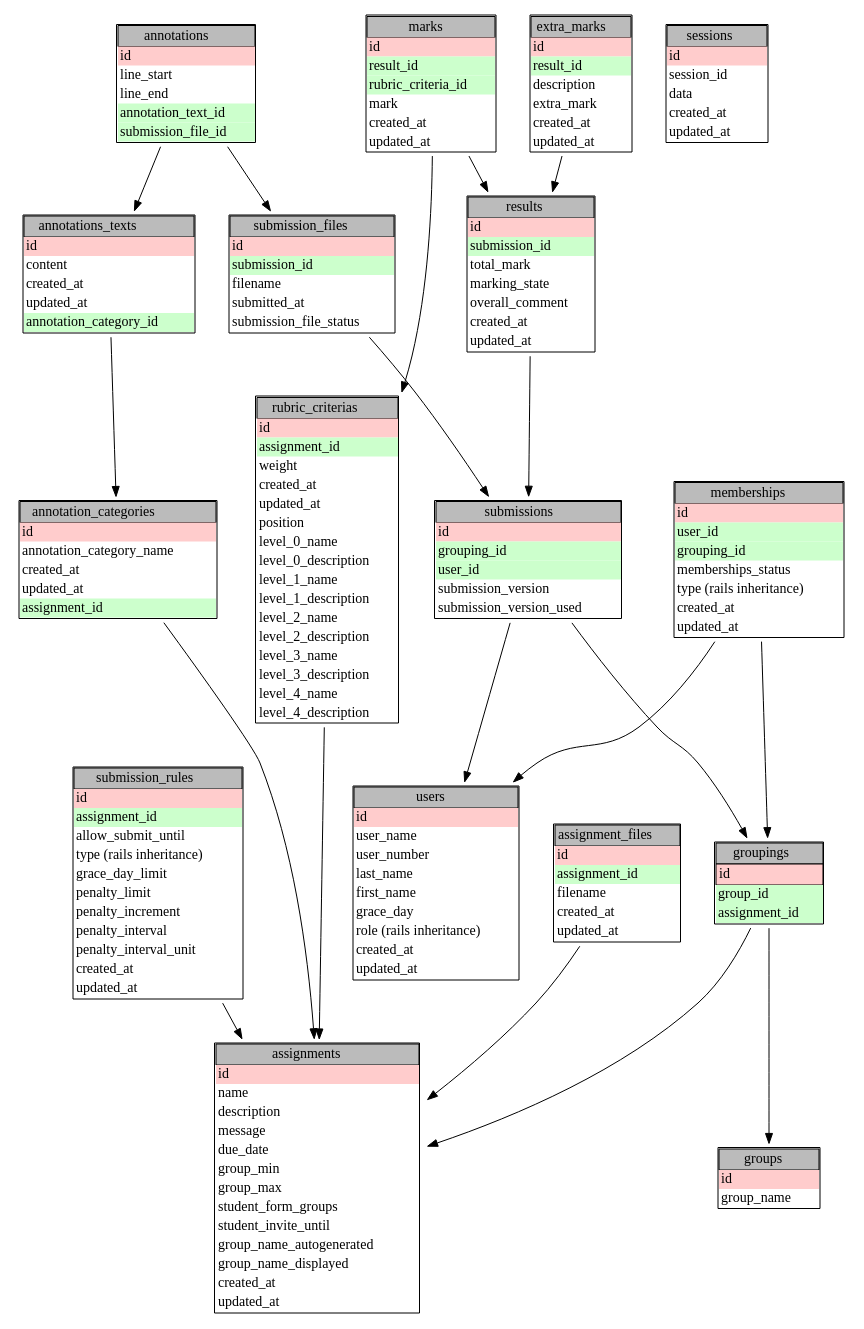
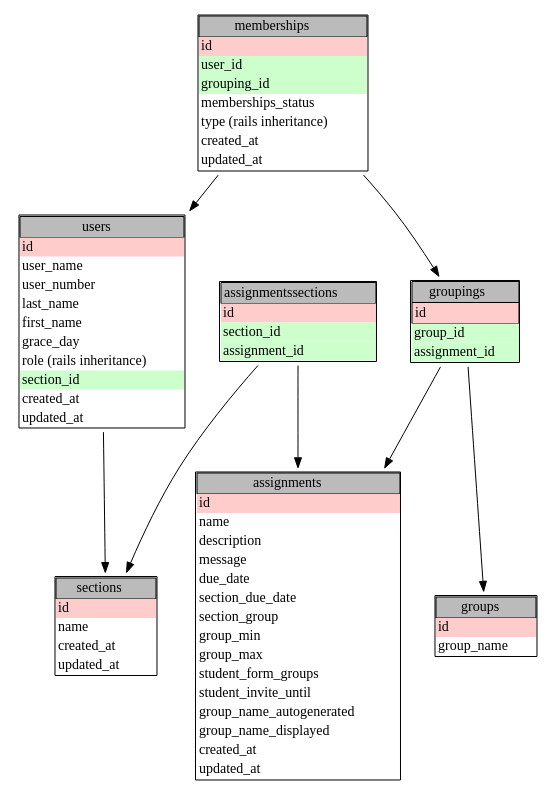
Before and after one commit to cjacques/MarkusReport: the diagram in newSchema.dot, drawn with Graphviz.

Commit message:
changed the database schema to add the section managment scheme

```diff
--- a/newSchema.dot
+++ b/newSchema.dot
@@ -1,65 +1,29 @@
 digraph G {
-   annotation_categories -> assignments;
-   annotation_texts -> annotation_categories;
-   annotations -> annotation_texts;
-   annotations -> submission_files;
-   assignment_files -> assignments;
-   extra_marks -> results;
    groupings -> groups; 
    groupings -> assignments;
    memberships -> groupings;
    memberships -> users;
-   marks -> rubric_criterias;
-   marks -> results;
-   results -> submissions;
-   rubric_criterias -> assignments;
-   submissions -> groupings;
-   submissions -> users; 
-   submission_files -> submissions;
-   submission_rules -> assignments;
+   users -> sections;
+   assignmentssections -> assignments;
+   assignmentssections -> sections;
 
-   annotation_categories [url="" label = <<table border="1" cellborder="0"
+   sections [url="" label = <<table border="1" cellborder="0"
    cellspacing="0" width="100">
-   <tr><td border="1" bgcolor="#bbbbbb" width="100">annotation_categories
-   </td></tr>
-   <tr><td width="100" align="left" bgcolor="#ffcccc">id</td></tr>
-   <tr><td width="100" align="left">annotation_category_name</td></tr>
-   <tr><td width="100" align="left">created_at</td></tr>
-   <tr><td width="100" align="left">updated_at</td></tr>
-   <tr><td width="100" bgcolor="#ccffcc" align="left">assignment_id</td></tr>
-   </table>> shape = "plaintext" ];
-
-   annotation_texts [url="" label = <<table border="1" cellborder="0"
-   cellspacing="0" width="100">
-   <tr><td border="1" bgcolor="#bbbbbb" width="100">annotations_texts
-   </td></tr>
+   <tr><td border="1" bgcolor="#bbbbbb" width="100">sections</td></tr>
    <tr><td width="100" bgcolor="#ffcccc" align="left">id</td></tr>
-   <tr><td width="100" align="left">content</td></tr>
-   <tr><td width="100" align="left">created_at</td></tr>
-   <tr><td width="100" align="left">updated_at</td></tr>
-   <tr><td width="100" bgcolor="#ccffcc" align="left">annotation_category_id</td></tr>
-   </table>> shape = "plaintext" ];
-
-   annotations [url="" label = <<table border="1" cellborder="0"
-   cellspacing="0" width="100">
-   <tr><td border="1" bgcolor="#bbbbbb" width="100">annotations</td></tr>
-   <tr><td width="100" bgcolor="#ffcccc" align="left">id</td></tr>
-   <tr><td width="100" align="left">line_start</td></tr>
-   <tr><td width="100" align="left">line_end</td></tr>
-   <tr><td width="100" bgcolor="#ccffcc" align="left">annotation_text_id</td></tr>
-   <tr><td width="100" bgcolor="#ccffcc" align="left">submission_file_id</td></tr>
-   </table>> shape = "plaintext" ];
-
-   assignment_files [url="" label = <<table border="1" cellborder="0"
-   cellspacing="0" width="100">
-   <tr><td border="1" bgcolor="#bbbbbb" width="100">assignment_files</td></tr>
-   <tr><td width="100" bgcolor="#ffcccc" align="left">id</td></tr>
-   <tr><td width="100" bgcolor="#ccffcc" align="left">assignment_id</td></tr>
-   <tr><td width="100" align="left">filename</td></tr>
+   <tr><td width="100" align="left">name</td></tr>
    <tr><td width="100" align="left">created_at</td></tr>
    <tr><td width="100" align="left">updated_at</td></tr>
    </table>> shape = "plaintext" ];
 
+   assignmentssections [url="" label = <<table border="1" cellborder="0"
+   cellspacing="0" width="100">
+   <tr><td border="1" bgcolor="#bbbbbb" width="100">assignmentssections</td></tr>
+   <tr><td width="100" bgcolor="#ffcccc" align="left">id</td></tr>
+   <tr><td width="100" bgcolor="#ccffcc" align="left">section_id</td></tr>
+   <tr><td width="100" bgcolor="#ccffcc" align="left">assignment_id</td></tr>
+   </table>> shape = "plaintext" ];
+  
    assignments [url="" label = <<table border="1" cellborder="0"
    cellspacing="0" width="100">
    <tr><td border="1" bgcolor="#bbbbbb" width="100">assignments</td></tr>
@@ -68,6 +32,8 @@
    <tr><td width="100" align="left">description</td></tr>
    <tr><td width="100" align="left">message</td></tr>
    <tr><td width="100" align="left">due_date</td></tr>
+   <tr><td width="100" align="left">section_due_date</td></tr>
+   <tr><td width="100" align="left">section_group</td></tr>
    <tr><td width="100" align="left">group_min</td></tr>
    <tr><td width="100" align="left">group_max</td></tr>
    <tr><td width="100" align="left">student_form_groups</td></tr>
@@ -78,34 +44,11 @@
    <tr><td width="100" align="left">updated_at</td></tr>
    </table>> shape = "plaintext" ];
 
-   extra_marks [url="" label = <<table border="1" cellborder="0"
-   cellspacing="0" width="100">
-   <tr><td border="1" bgcolor="#bbbbbb" width="100">extra_marks</td></tr>
-   <tr><td width="100" bgcolor="#ffcccc" align="left">id</td></tr>
-   <tr><td width="100" bgcolor="#ccffcc" align="left">result_id</td></tr>
-   <tr><td width="100" align="left">description</td></tr>
-   <tr><td width="100" align="left">extra_mark</td></tr>
-   <tr><td width="100" align="left">created_at</td></tr>
-   <tr><td width="100" align="left">updated_at</td></tr>
-   </table>> shape = "plaintext" ];
-
    groups [url="" label = <<table border="1" cellborder="0"
    cellspacing="0" width="100">
    <tr><td border="1" bgcolor="#bbbbbb" width="100">groups</td></tr>
    <tr><td width="100" bgcolor="#ffcccc" align="left">id</td></tr> 
    <tr><td width="100" align="left">group_name</td></tr>
-   </table>> shape = "plaintext" ];
-
-
-   marks [url="" label = <<table border="1" cellborder="0"
-   cellspacing="0" width="100">
-   <tr><td border="1" bgcolor="#bbbbbb" width="100">marks</td></tr>
-   <tr><td width="100" bgcolor="#ffcccc" align="left">id</td></tr>
-   <tr><td width="100" bgcolor="#ccffcc" align="left">result_id</td></tr>
-   <tr><td width="100" bgcolor="#ccffcc" align="left">rubric_criteria_id</td></tr>
-   <tr><td width="100" align="left">mark</td></tr>
-   <tr><td width="100" align="left">created_at</td></tr>
-   <tr><td width="100" align="left">updated_at</td></tr>
    </table>> shape = "plaintext" ];
 
    memberships [url="" label = <<table border="1" cellborder="0"
@@ -120,85 +63,6 @@
    <tr><td width="100" align="left">updated_at</td></tr>
    </table>> shape = "plaintext" ];
 
-   results [url="" label = <<table border="1" cellborder="0"
-   cellspacing="0" width="100">
-   <tr><td border="1" bgcolor="#bbbbbb" width="100">results</td></tr>
-   <tr><td width="100" bgcolor="#ffcccc" align="left">id</td></tr>
-   <tr><td width="100" bgcolor="#ccffcc" align="left">submission_id</td></tr>
-   <tr><td width="100" align="left">total_mark</td></tr>
-   <tr><td width="100" align="left">marking_state</td></tr>
-   <tr><td width="100" align="left">overall_comment</td></tr>
-   <tr><td width="100" align="left">created_at</td></tr>
-   <tr><td width="100" align="left">updated_at</td></tr>
-   </table>> shape = "plaintext" ];
-
-   rubric_criterias [url="" label = <<table border="1" cellborder="0"
-   cellspacing="0" width="100">
-   <tr><td border="1" bgcolor="#bbbbbb" width="100">rubric_criterias</td></tr>
-   <tr><td width="100" bgcolor="#ffcccc" align="left">id</td></tr>
-   <tr><td width="100" bgcolor="#ccffcc" align="left">assignment_id</td></tr>
-   <tr><td width="100" align="left">weight</td></tr>
-   <tr><td width="100" align="left">created_at</td></tr>
-   <tr><td width="100" align="left">updated_at</td></tr>
-   <tr><td width="100" align="left">position</td></tr>
-   <tr><td width="100" align="left">level_0_name</td></tr>
-   <tr><td width="100" align="left">level_0_description</td></tr>
-   <tr><td width="100" align="left">level_1_name</td></tr>
-   <tr><td width="100" align="left">level_1_description</td></tr>
-   <tr><td width="100" align="left">level_2_name</td></tr>
-   <tr><td width="100" align="left">level_2_description</td></tr>
-   <tr><td width="100" align="left">level_3_name</td></tr>
-   <tr><td width="100" align="left">level_3_description</td></tr>
-   <tr><td width="100" align="left">level_4_name</td></tr>
-   <tr><td width="100" align="left">level_4_description</td></tr>  
-   </table>> shape = "plaintext" ];
-
-   sessions [url="" label = <<table border="1" cellborder="0"
-   cellspacing="0" width="100">
-   <tr><td border="1" bgcolor="#bbbbbb" width="100">sessions</td></tr>
-   <tr><td width="100" bgcolor="#ffcccc" align="left">id</td></tr>
-   <tr><td width="100" align="left">session_id</td></tr>
-   <tr><td width="100" align="left">data</td></tr>
-   <tr><td width="100" align="left">created_at</td></tr>
-   <tr><td width="100" align="left">updated_at</td></tr>
-   </table>> shape = "plaintext" ];
-
-   submission_files [url="" label = <<table border="1" cellborder="0"
-   cellspacing="0" width="100">
-   <tr><td border="1" bgcolor="#bbbbbb" width="100">submission_files</td></tr>
-   <tr><td width="100" bgcolor="#ffcccc" align="left">id</td></tr>
-   <tr><td width="100" bgcolor="#ccffcc" align="left">submission_id</td></tr>
-   <tr><td width="100" align="left">filename</td></tr> 
-   <tr><td width="100" align="left">submitted_at</td></tr>
-   <tr><td width="100" align="left">submission_file_status</td></tr>
-   </table>> shape = "plaintext" ];
-
-   submission_rules [url="" label = <<table border="1" cellborder="0"
-   cellspacing="0" width="100">
-   <tr><td border="1" bgcolor="#bbbbbb" width="100">submission_rules</td></tr>
-   <tr><td width="100" bgcolor="#ffcccc" align="left">id</td></tr>
-   <tr><td width="100" bgcolor="#ccffcc" align="left">assignment_id</td></tr>
-   <tr><td width="100" align="left">allow_submit_until</td></tr>
-   <tr><td width="100" align="left">type (rails inheritance)</td></tr>
-   <tr><td width="100" align="left">grace_day_limit</td></tr>
-   <tr><td width="100" align="left">penalty_limit</td></tr>
-   <tr><td width="100" align="left">penalty_increment</td></tr>
-   <tr><td width="100" align="left">penalty_interval</td></tr>
-   <tr><td width="100" align="left">penalty_interval_unit</td></tr>
-   <tr><td width="100" align="left">created_at</td></tr>
-   <tr><td width="100" align="left">updated_at</td></tr>
-   </table>> shape = "plaintext" ];
-
-   submissions [url="" label = <<table border="1" cellborder="0"
-   cellspacing="0" width="100">
-   <tr><td border="1" bgcolor="#bbbbbb" width="100">submissions</td></tr>
-   <tr><td width="100" bgcolor="#ffcccc" align="left">id</td></tr>
-   <tr><td width="100" bgcolor="#ccffcc" align="left">grouping_id</td></tr>
-   <tr><td width="100" bgcolor="#ccffcc" align="left">user_id</td></tr>
-   <tr><td width="100"  align="left">submission_version</td></tr>
-   <tr><td width="100"  align="left">submission_version_used</td></tr>
-   </table>> shape = "plaintext" ];
-
    users [url="" label = <<table border="1" cellborder="0"
    cellspacing="0" width="100">
    <tr><td border="1" bgcolor="#bbbbbb" width="100">users</td></tr>
@@ -209,6 +73,7 @@
    <tr><td width="100" align="left">first_name</td></tr>
    <tr><td width="100" align="left">grace_day</td></tr>
    <tr><td width="100" align="left">role (rails inheritance)</td></tr>
+   <tr><td width="100" bgcolor="#ccffcc" align="left">section_id</td></tr>
    <tr><td width="100" align="left">created_at</td></tr>
    <tr><td width="100" align="left">updated_at</td></tr>
    </table>> shape = "plaintext" ];
```
